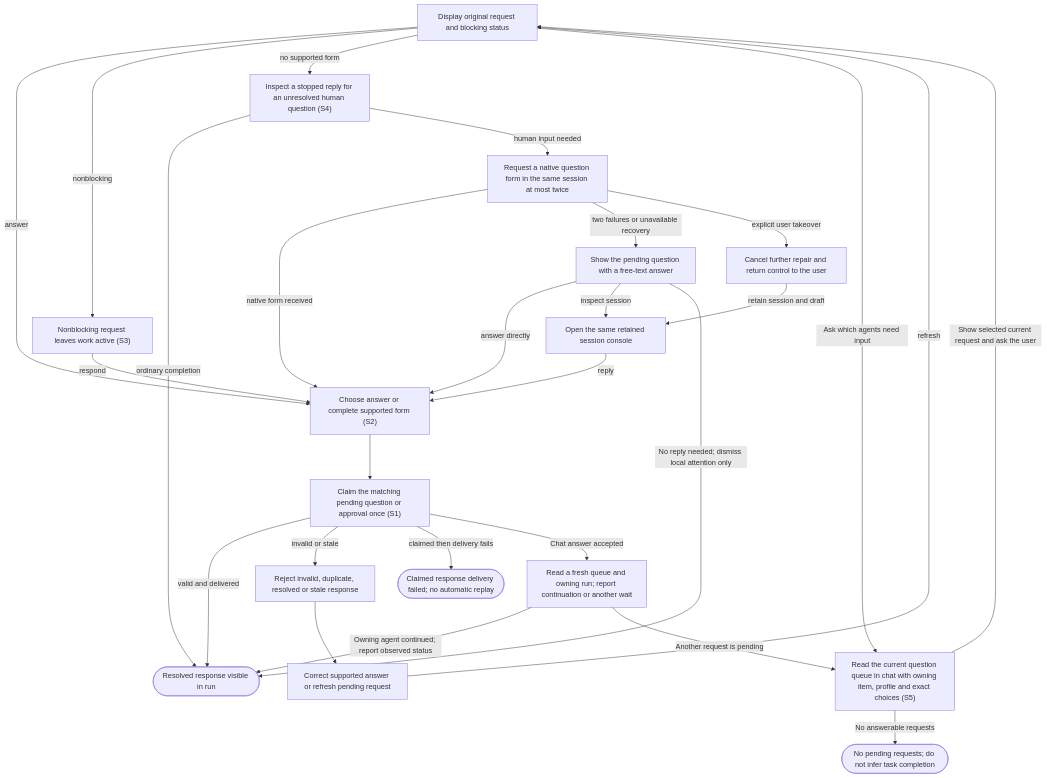
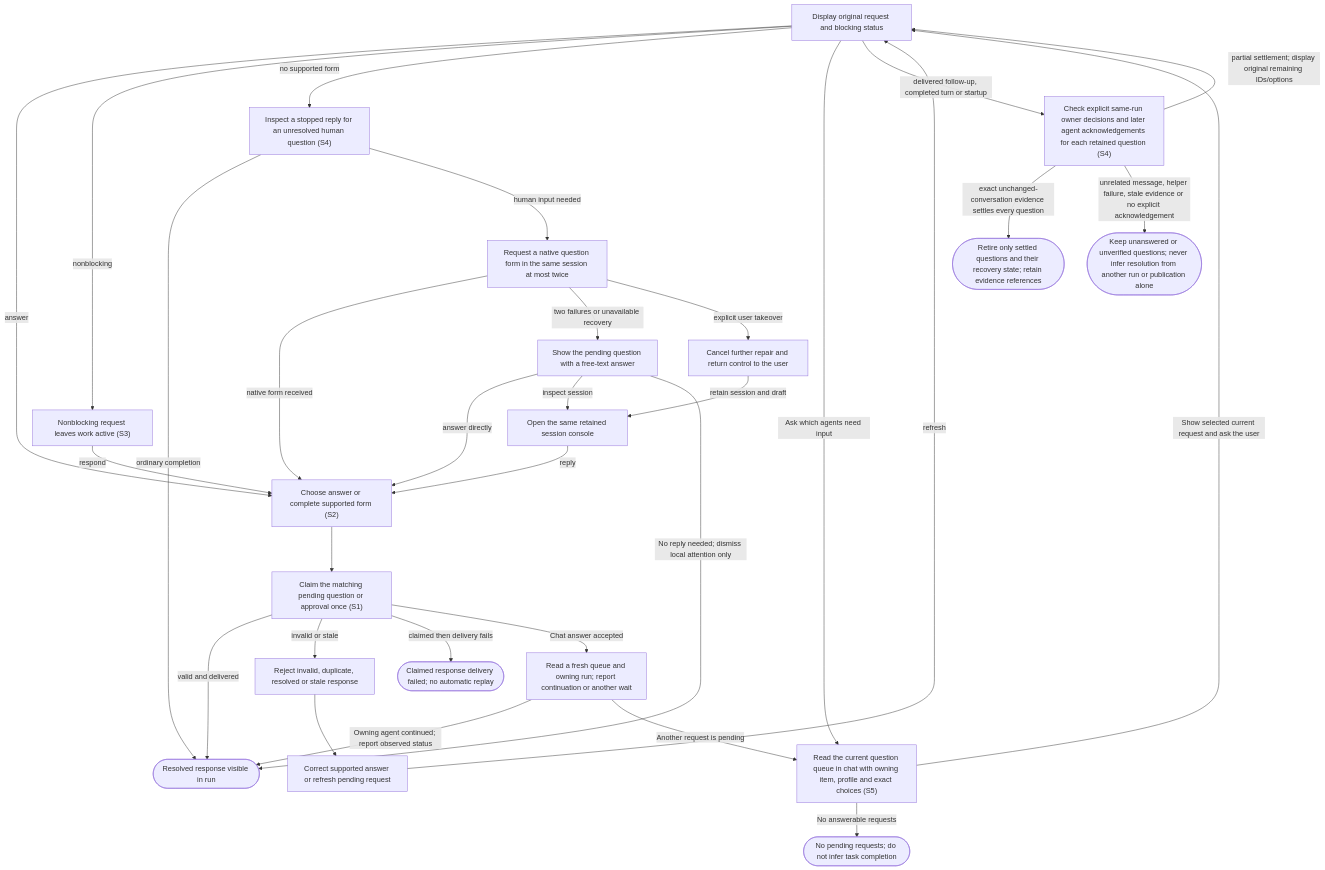
One commit to dk-code-factory/code-factory-plugin changed the diagram in docs/user-flows/answer-attention.md. Above: the diagram before and after it, drawn with Mermaid. The commit also changed other lines of this file and 58 other files, not shown here.

````diff
--- a/docs/user-flows/answer-attention.md
+++ b/docs/user-flows/answer-attention.md
@@ -63,45 +65,52 @@
 ```mermaid
 flowchart TD
     N0["Display original request and blocking status"]
     N1["Choose answer or complete supported form #40;S2#41;"]
     N2["Claim the matching pending question or approval once #40;S1#41;"]
     N3(["Resolved response visible in run"])
     N4["Reject invalid, duplicate, resolved or stale response"]
     N5["Correct supported answer or refresh pending request"]
     N6(["Claimed response delivery failed#59; no automatic replay"])
     N7["Nonblocking request leaves work active #40;S3#41;"]
     N8["Inspect a stopped reply for an unresolved human question #40;S4#41;"]
     N9["Request a native question form in the same session at most twice"]
     N10["Show the pending question with a free-text answer"]
     N11["Open the same retained session console"]
     N12["Cancel further repair and return control to the user"]
     N13["Read the current question queue in chat with owning item, profile and exact choices #40;S5#41;"]
     N14(["No pending requests#59; do not infer task completion"])
     N15["Read a fresh queue and owning run#59; report continuation or another wait"]
+    N16["Check explicit same-run owner decisions and later agent acknowledgements for each retained question #40;S4#41;"]
+    N17(["Retire only settled questions and their recovery state#59; retain evidence references"])
+    N18(["Keep unanswered or unverified questions#59; never infer resolution from another run or publication alone"])
     N0 -->|"answer"| N1
     N0 -->|"nonblocking"| N7
     N7 -->|"respond"| N1
     N1 --> N2
     N2 -->|"valid and delivered"| N3
     N2 -->|"invalid or stale"| N4
     N4 --> N5
     N5 -->|"refresh"| N0
     N2 -->|"claimed then delivery fails"| N6
     N0 -->|"no supported form"| N8
     N8 -->|"ordinary completion"| N3
     N8 -->|"human input needed"| N9
     N9 -->|"native form received"| N1
     N9 -->|"two failures or unavailable recovery"| N10
     N10 -->|"answer directly"| N1
     N10 -->|"inspect session"| N11
     N11 -->|"reply"| N1
     N9 -->|"explicit user takeover"| N12
     N12 -->|"retain session and draft"| N11
     N10 -->|"No reply needed#59; dismiss local attention only"| N3
     N0 -->|"Ask which agents need input"| N13
     N13 -->|"Show selected current request and ask the user"| N0
     N13 -->|"No answerable requests"| N14
     N2 -->|"Chat answer accepted"| N15
     N15 -->|"Owning agent continued#59; report observed status"| N3
     N15 -->|"Another request is pending"| N13
+    N0 -->|"delivered follow-up, completed turn or startup"| N16
+    N16 -->|"exact unchanged-conversation evidence settles every question"| N17
+    N16 -->|"partial settlement#59; display original remaining IDs/options"| N0
+    N16 -->|"unrelated message, helper failure, stale evidence or no explicit acknowledgement"| N18
 ```
````
